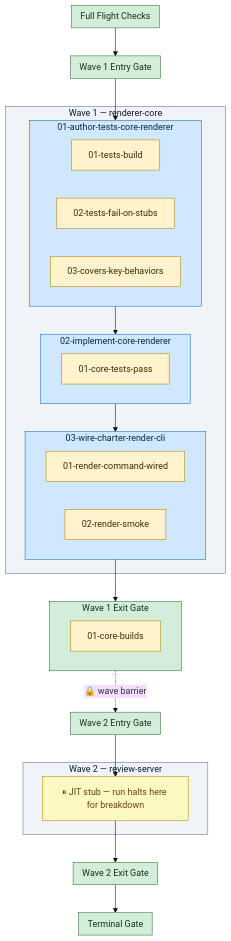
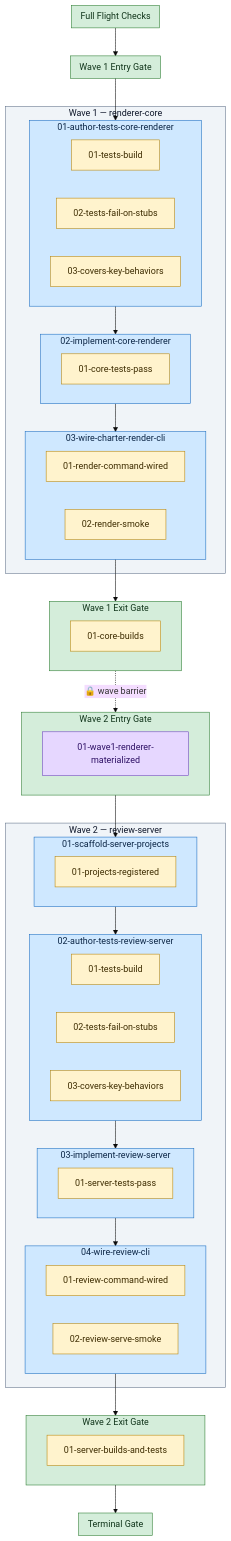
The diagram in docs/plans/01-combine-lavish-and-visual-plan/diagram.md (Servant-Software-LLC/Charter), drawn with Mermaid (base theme) before and after one commit. The commit also changed other lines of this file and 21 other files, not shown here.

First line of the commit message:
chore(plan): plan-breakdown JIT draft — wave 2 (review server) authored

````diff
--- a/docs/plans/01-combine-lavish-and-visual-plan/diagram.md
+++ b/docs/plans/01-combine-lavish-and-visual-plan/diagram.md
@@ -3,56 +3,78 @@
 ```mermaid
 flowchart TD
   subgraph plan_preflights["Full Flight Checks"]
   end
   style plan_preflights fill:#d4edda,stroke:#2e7d32,color:#10341a;
   subgraph wave_1_preflights["Wave 1 Entry Gate"]
   end
   style wave_1_preflights fill:#d4edda,stroke:#2e7d32,color:#10341a;
   subgraph wave_1["Wave 1 — renderer-core"]
     subgraph task_wave_01_renderer_core_01_author_tests_core_renderer["01-author-tests-core-renderer"]
       task_wave_01_renderer_core_01_author_tests_core_renderer_gr_0["01-tests-build"]:::guardrail
       task_wave_01_renderer_core_01_author_tests_core_renderer_gr_1["02-tests-fail-on-stubs"]:::guardrail
       task_wave_01_renderer_core_01_author_tests_core_renderer_gr_2["03-covers-key-behaviors"]:::guardrail
     end
     style task_wave_01_renderer_core_01_author_tests_core_renderer fill:#cfe8ff,stroke:#1b6ec2,color:#0b2545;
     subgraph task_wave_01_renderer_core_02_implement_core_renderer["02-implement-core-renderer"]
       task_wave_01_renderer_core_02_implement_core_renderer_gr_0["01-core-tests-pass"]:::guardrail
     end
     style task_wave_01_renderer_core_02_implement_core_renderer fill:#cfe8ff,stroke:#1b6ec2,color:#0b2545;
     subgraph task_wave_01_renderer_core_03_wire_charter_render_cli["03-wire-charter-render-cli"]
       task_wave_01_renderer_core_03_wire_charter_render_cli_gr_0["01-render-command-wired"]:::guardrail
       task_wave_01_renderer_core_03_wire_charter_render_cli_gr_1["02-render-smoke"]:::guardrail
     end
     style task_wave_01_renderer_core_03_wire_charter_render_cli fill:#cfe8ff,stroke:#1b6ec2,color:#0b2545;
   end
   style wave_1 fill:#f0f4f8,stroke:#64748b,color:#0f172a;
   subgraph wave_1_guardrails["Wave 1 Exit Gate"]
     wave_1_guardrails_0["01-core-builds"]:::guardrail
   end
   style wave_1_guardrails fill:#d4edda,stroke:#2e7d32,color:#10341a;
   subgraph wave_2_preflights["Wave 2 Entry Gate"]
+    wave_2_preflights_0["01-wave1-renderer-materialized"]:::preflight
   end
   style wave_2_preflights fill:#d4edda,stroke:#2e7d32,color:#10341a;
   subgraph wave_2["Wave 2 — review-server"]
-    wave_2_stub["⏸ JIT stub — run halts here for breakdown"]
-    style wave_2_stub fill:#fef9c3,stroke:#ca8a04,color:#713f12;
+    subgraph task_wave_02_review_server_01_scaffold_server_projects["01-scaffold-server-projects"]
+      task_wave_02_review_server_01_scaffold_server_projects_gr_0["01-projects-registered"]:::guardrail
+    end
+    style task_wave_02_review_server_01_scaffold_server_projects fill:#cfe8ff,stroke:#1b6ec2,color:#0b2545;
+    subgraph task_wave_02_review_server_02_author_tests_review_server["02-author-tests-review-server"]
+      task_wave_02_review_server_02_author_tests_review_server_gr_0["01-tests-build"]:::guardrail
+      task_wave_02_review_server_02_author_tests_review_server_gr_1["02-tests-fail-on-stubs"]:::guardrail
+      task_wave_02_review_server_02_author_tests_review_server_gr_2["03-covers-key-behaviors"]:::guardrail
+    end
+    style task_wave_02_review_server_02_author_tests_review_server fill:#cfe8ff,stroke:#1b6ec2,color:#0b2545;
+    subgraph task_wave_02_review_server_03_implement_review_server["03-implement-review-server"]
+      task_wave_02_review_server_03_implement_review_server_gr_0["01-server-tests-pass"]:::guardrail
+    end
+    style task_wave_02_review_server_03_implement_review_server fill:#cfe8ff,stroke:#1b6ec2,color:#0b2545;
+    subgraph task_wave_02_review_server_04_wire_review_cli["04-wire-review-cli"]
+      task_wave_02_review_server_04_wire_review_cli_gr_0["01-review-command-wired"]:::guardrail
+      task_wave_02_review_server_04_wire_review_cli_gr_1["02-review-serve-smoke"]:::guardrail
+    end
+    style task_wave_02_review_server_04_wire_review_cli fill:#cfe8ff,stroke:#1b6ec2,color:#0b2545;
   end
   style wave_2 fill:#f0f4f8,stroke:#64748b,color:#0f172a;
   subgraph wave_2_guardrails["Wave 2 Exit Gate"]
+    wave_2_guardrails_0["01-server-builds-and-tests"]:::guardrail
   end
   style wave_2_guardrails fill:#d4edda,stroke:#2e7d32,color:#10341a;
   subgraph plan_guardrails["Terminal Gate"]
   end
   style plan_guardrails fill:#d4edda,stroke:#2e7d32,color:#10341a;
   plan_preflights --> wave_1_preflights
   wave_1_preflights --> task_wave_01_renderer_core_01_author_tests_core_renderer
   task_wave_01_renderer_core_01_author_tests_core_renderer --> task_wave_01_renderer_core_02_implement_core_renderer
   task_wave_01_renderer_core_02_implement_core_renderer --> task_wave_01_renderer_core_03_wire_charter_render_cli
   task_wave_01_renderer_core_03_wire_charter_render_cli --> wave_1_guardrails
-  wave_2_preflights --> wave_2_stub
-  wave_2_stub --> wave_2_guardrails
+  wave_2_preflights --> task_wave_02_review_server_01_scaffold_server_projects
+  task_wave_02_review_server_01_scaffold_server_projects --> task_wave_02_review_server_02_author_tests_review_server
+  task_wave_02_review_server_02_author_tests_review_server --> task_wave_02_review_server_03_implement_review_server
+  task_wave_02_review_server_03_implement_review_server --> task_wave_02_review_server_04_wire_review_cli
+  task_wave_02_review_server_04_wire_review_cli --> wave_2_guardrails
   wave_1_guardrails -.->|"🔒 wave barrier"| wave_2_preflights
   wave_2_guardrails --> plan_guardrails
   classDef preflight fill:#e6d7ff,stroke:#6f42c1,color:#2e1065;
   classDef guardrail fill:#fff3cd,stroke:#b8860b,color:#3d2c00;
 ```
````
